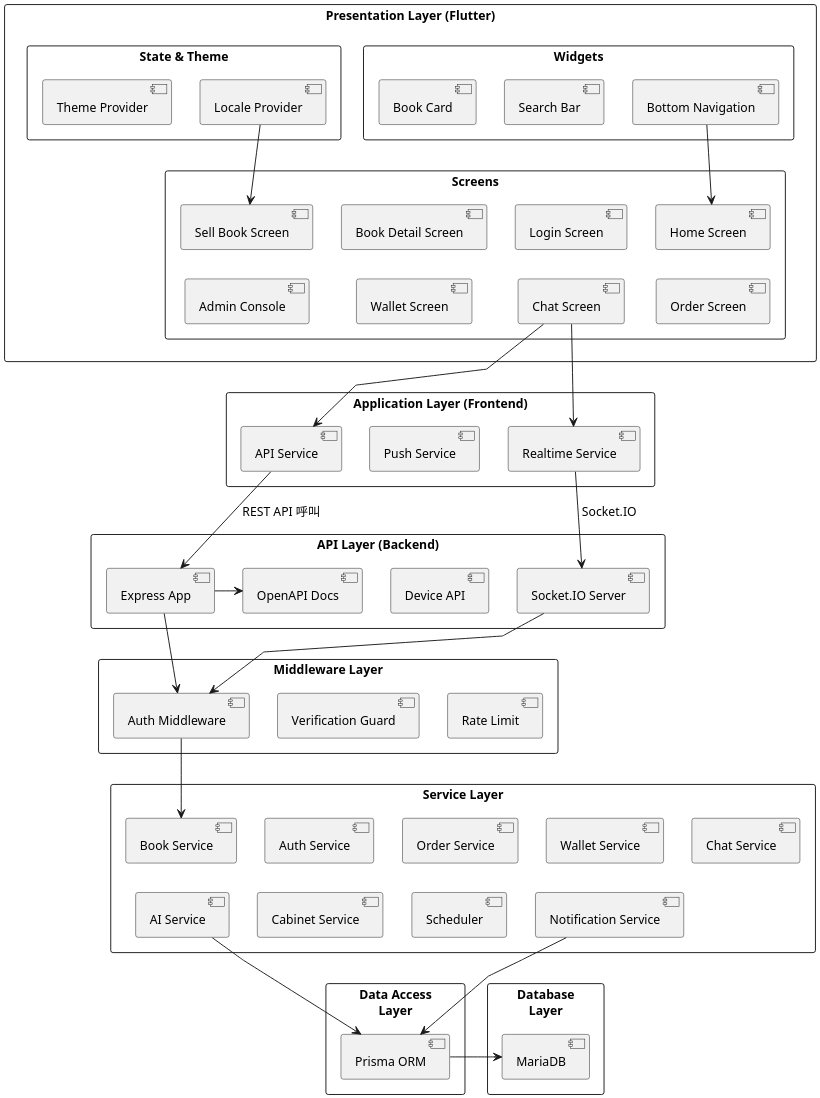
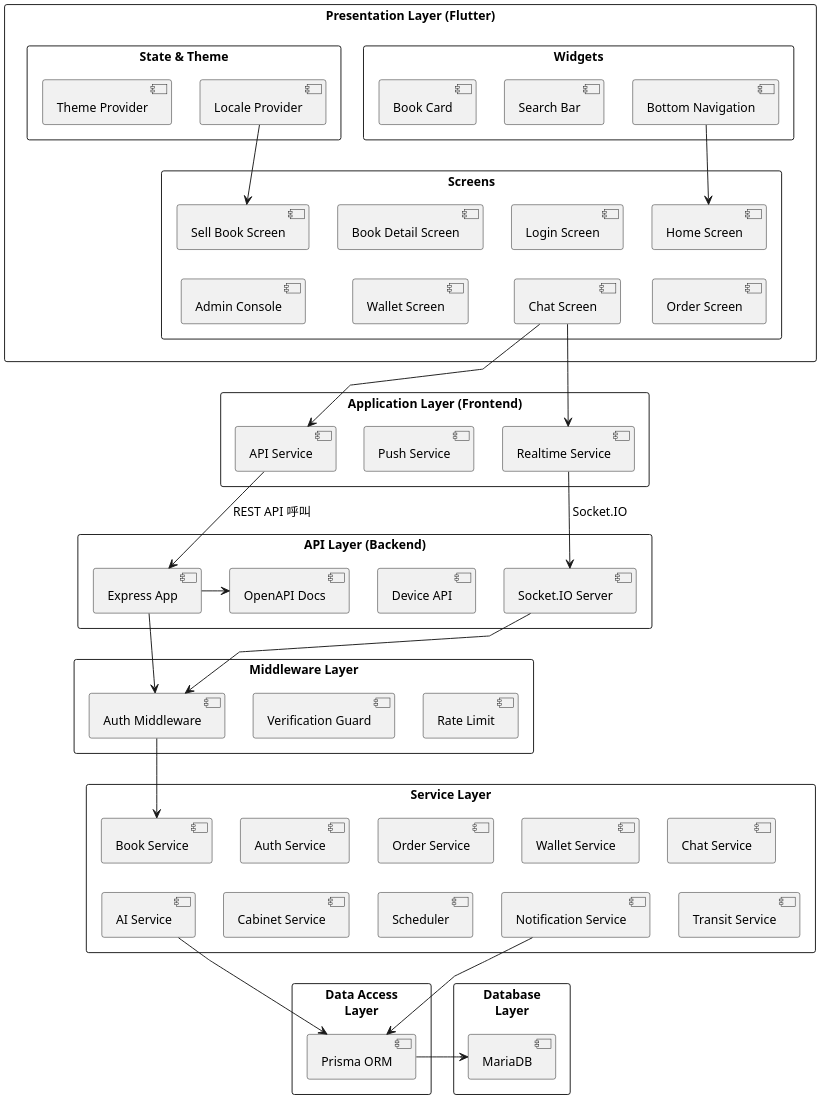
Before and after one commit to SaveMyBook/SaveMyBook: the diagram in documents/系統手冊/產生工具/cabdiag/arch/package.puml, drawn with PlantUML. The commit also changed 47 other files, not shown here.

```diff
--- a/documents/系統手冊/產生工具/cabdiag/arch/package.puml
+++ b/documents/系統手冊/產生工具/cabdiag/arch/package.puml
@@ -1,110 +1,112 @@
 @startuml
 skinparam monochrome true
 skinparam shadowing false
 skinparam dpi 220
 skinparam defaultFontName "PingFang TC"
 skinparam defaultFontSize 13
 skinparam packageStyle rectangle
 skinparam nodesep 30
 skinparam ranksep 30
 skinparam linetype polyline
 
 package "Presentation Layer (Flutter)" as PL {
   package "Widgets" as W {
     component "Book Card" as w1
     component "Search Bar" as w2
     component "Bottom Navigation" as w3
   }
   package "State & Theme" as ST {
     component "Theme Provider" as t1
     component "Locale Provider" as t2
   }
   package "Screens" as SC {
     component "Home Screen" as s1
     component "Login Screen" as s2
     component "Book Detail Screen" as s3
     component "Sell Book Screen" as s4
     component "Order Screen" as s5
     component "Chat Screen" as s6
     component "Wallet Screen" as s7
     component "Admin Console" as s8
   }
 }
 
 package "Application Layer (Frontend)" as AL {
   component "API Service" as apisvc
   component "Push Service" as pushsvc
   component "Realtime Service" as rtsvc
 }
 
 package "API Layer (Backend)" as BL {
   component "Express App" as express
   component "OpenAPI Docs" as docs
   component "Device API" as devapi
   component "Socket.IO Server" as sio
 }
 
 package "Middleware Layer" as ML {
   component "Auth Middleware" as mauth
   component "Verification Guard" as mver
   component "Rate Limit" as mrate
 }
 
 package "Service Layer" as SL {
   component "Book Service" as a2
   component "Auth Service" as a1
   component "Order Service" as a3
   component "Wallet Service" as a4
   component "Chat Service" as a5
   component "AI Service" as a7
   component "Cabinet Service" as a6
   component "Scheduler" as a9
   component "Notification Service" as a8
+  component "Transit Service" as a10
 }
 
 package "Data Access\nLayer" as DL {
   component "Prisma ORM" as prisma
 }
 
 package "Database\nLayer" as DB {
   component "MariaDB" as maria
 }
 
 w1 -[hidden]right- w2
 w2 -[hidden]right- w3
 t1 -[hidden]right- t2
 s1 -[hidden]- s5
 s2 -[hidden]- s6
 s3 -[hidden]- s7
 s4 -[hidden]- s8
 w3 --> s1
 t2 --> s4
 s6 --> apisvc
 s6 --> rtsvc
 apisvc -[hidden]right- pushsvc
 pushsvc -[hidden]right- rtsvc
 apisvc --> express : REST API 呼叫
 rtsvc --> sio : <U+00A0>Socket.IO
 express -right-> docs
 docs -[hidden]right- devapi
 devapi -[hidden]right- sio
 express --> mauth
 sio --> mauth
 mauth -[hidden]right- mver
 mver -[hidden]right- mrate
 mauth --> a2
 a2 -[hidden]right- a1
 a1 -[hidden]right- a3
 a3 -[hidden]right- a4
 a4 -[hidden]right- a5
 a2 -[hidden]- a7
 a1 -[hidden]- a6
 a3 -[hidden]- a9
 a5 -[hidden]- a8
 a7 -[hidden]right- a6
 a6 -[hidden]right- a9
 a9 -[hidden]right- a8
+a8 -[hidden]right- a10
 a7 --> prisma
 a8 --> prisma
 prisma -right-> maria
 @enduml
```
